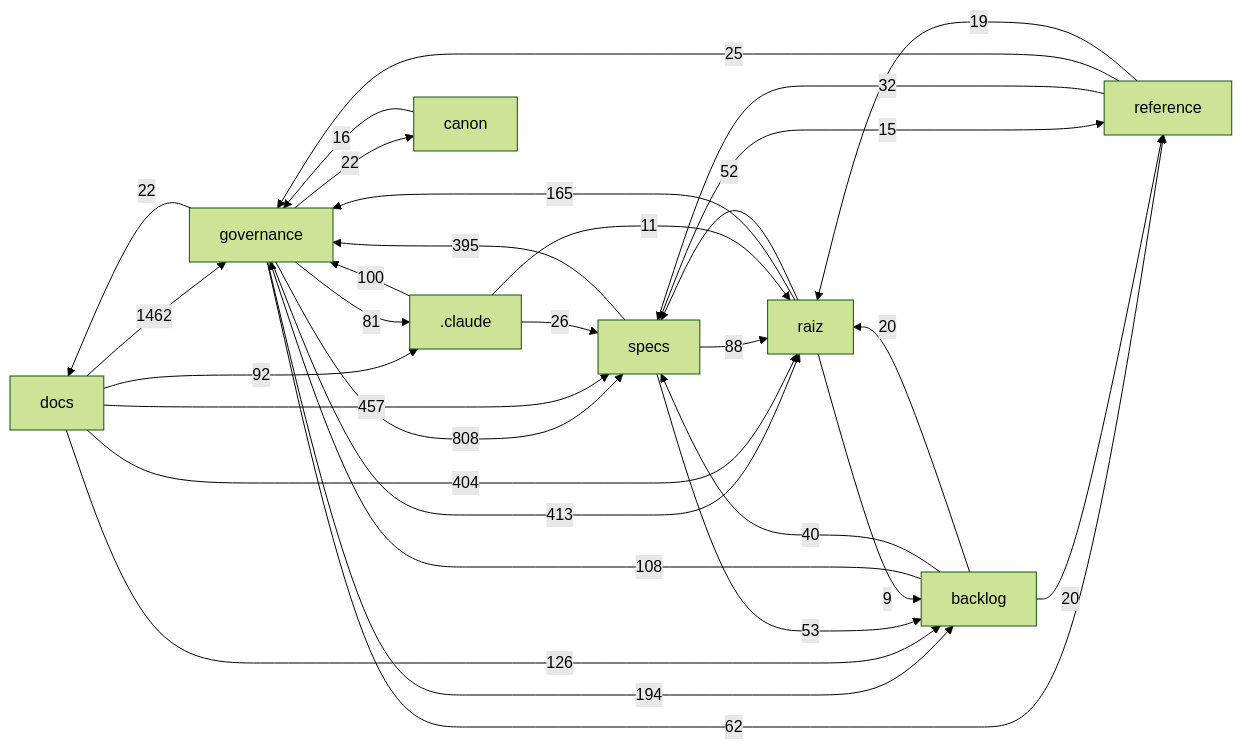
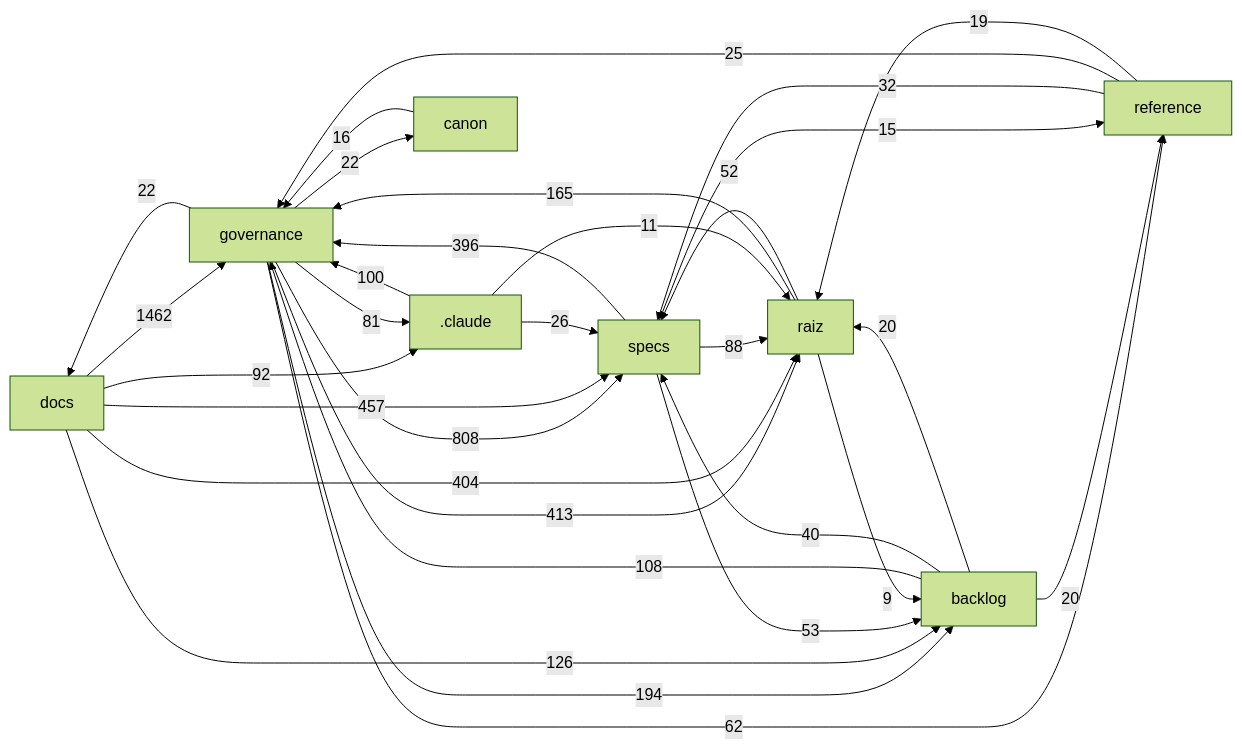
The diagram in docs/mapa/MAPA-PROJETO.md (Andraus35/Sistema-Operacional-de-Trading--SOT), drawn with Mermaid (forest theme) before and after one commit. The commit also changed other lines of this file and 2 other files, not shown here.

````diff
--- a/docs/mapa/MAPA-PROJETO.md
+++ b/docs/mapa/MAPA-PROJETO.md
@@ -29,33 +29,33 @@
 ```mermaid
 flowchart LR
   docs["docs"] -->|1462| governance["governance"]
   governance["governance"] -->|808| specs["specs"]
   docs["docs"] -->|457| specs["specs"]
   governance["governance"] -->|413| raiz["raiz"]
   docs["docs"] -->|404| raiz["raiz"]
-  specs["specs"] -->|395| governance["governance"]
+  specs["specs"] -->|396| governance["governance"]
   governance["governance"] -->|194| backlog["backlog"]
   raiz["raiz"] -->|165| governance["governance"]
   docs["docs"] -->|126| backlog["backlog"]
   backlog["backlog"] -->|108| governance["governance"]
   _claude[".claude"] -->|100| governance["governance"]
   docs["docs"] -->|92| _claude[".claude"]
   specs["specs"] -->|88| raiz["raiz"]
   governance["governance"] -->|81| _claude[".claude"]
   governance["governance"] -->|62| reference["reference"]
   specs["specs"] -->|53| backlog["backlog"]
   raiz["raiz"] -->|52| specs["specs"]
   backlog["backlog"] -->|40| specs["specs"]
   reference["reference"] -->|32| specs["specs"]
   _claude[".claude"] -->|26| specs["specs"]
   reference["reference"] -->|25| governance["governance"]
   governance["governance"] -->|22| docs["docs"]
   governance["governance"] -->|22| canon["canon"]
   backlog["backlog"] -->|20| raiz["raiz"]
   backlog["backlog"] -->|20| reference["reference"]
   reference["reference"] -->|19| raiz["raiz"]
   canon["canon"] -->|16| governance["governance"]
   specs["specs"] -->|15| reference["reference"]
   _claude[".claude"] -->|11| raiz["raiz"]
   raiz["raiz"] -->|9| backlog["backlog"]
 ```
````
